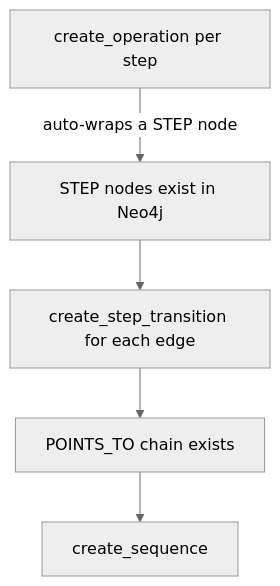
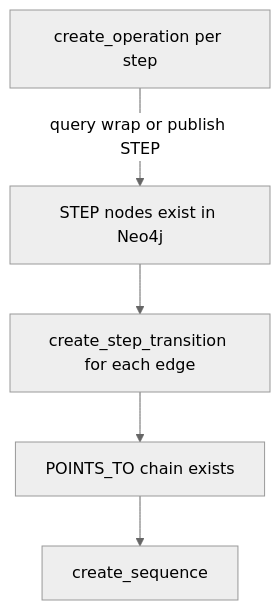
Before and after one commit to MitchMcQuinn/pona-flow: the second of 2 diagrams in Docs/MCP-AUTHORING.md, drawn with Mermaid (neutral theme). The commit also changed other lines of this file and 53 other files, not shown here.

Commit message:
Limit Save As Sequence on CREATE STEP to single step sequences

````diff
--- a/Docs/MCP-AUTHORING.md
+++ b/Docs/MCP-AUTHORING.md
@@ -103,7 +103,7 @@
 ```mermaid
 flowchart TD
-  A[create_operation per step] -->|auto-wraps a STEP node| B[STEP nodes exist in Neo4j]
+  A[create_operation per step] -->|query wrap or publish STEP| B[STEP nodes exist in Neo4j]
   B --> C[create_step_transition for each edge]
   C --> D[POINTS_TO chain exists]
   D --> E[create_sequence]
 ```
````
